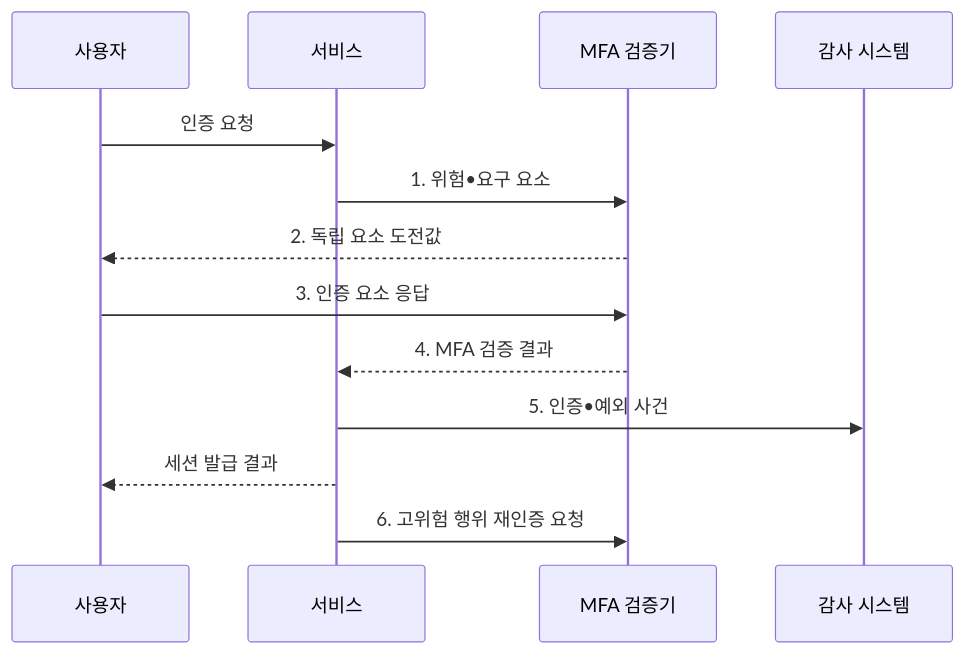
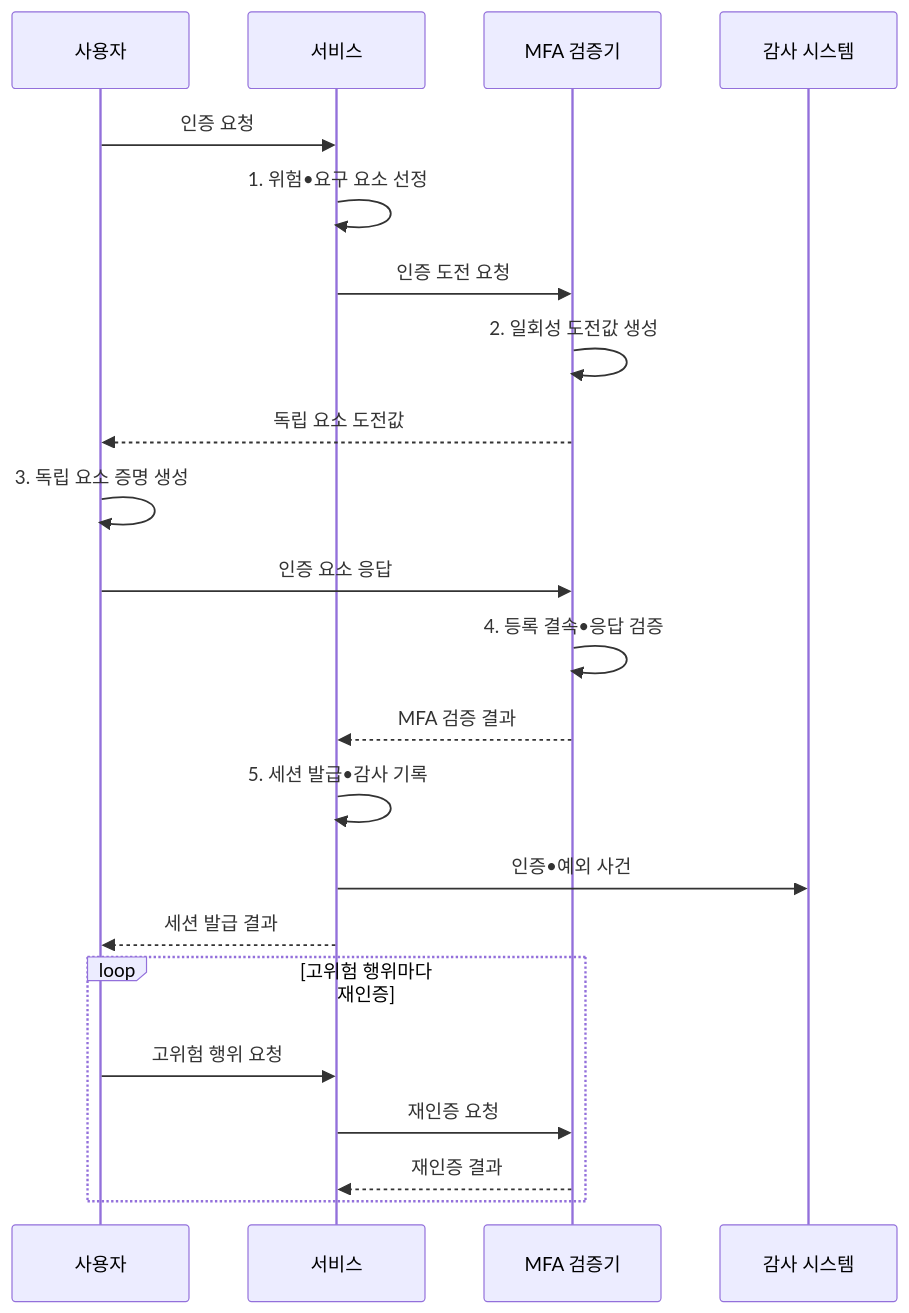
One commit to agnusdei1207/knowledge-base changed the second of 2 diagrams in src/content/docs/notes/05-security/054_mfa.md. Above: the diagram before and after it, drawn with Mermaid. The commit also changed other lines of this file and 19 other files, not shown here.

````diff
--- a/src/content/docs/notes/05-security/054_mfa.md
+++ b/src/content/docs/notes/05-security/054_mfa.md
@@ -98,15 +98,24 @@
 ```mermaid
 sequenceDiagram
     participant U as 사용자
     participant S as 서비스
     participant V as MFA 검증기
     participant A as 감사 시스템
     U->>S: 인증 요청
-    S->>V: 1. 위험•요구 요소
-    V-->>U: 2. 독립 요소 도전값
-    U->>V: 3. 인증 요소 응답
-    V-->>S: 4. MFA 검증 결과
-    S->>A: 5. 인증•예외 사건
+    S->>S: 1. 위험•요구 요소 선정
+    S->>V: 인증 도전 요청
+    V->>V: 2. 일회성 도전값 생성
+    V-->>U: 독립 요소 도전값
+    U->>U: 3. 독립 요소 증명 생성
+    U->>V: 인증 요소 응답
+    V->>V: 4. 등록 결속•응답 검증
+    V-->>S: MFA 검증 결과
+    S->>S: 5. 세션 발급•감사 기록
+    S->>A: 인증•예외 사건
     S-->>U: 세션 발급 결과
-    S->>V: 6. 고위험 행위 재인증 요청
+    loop 고위험 행위마다 재인증
+        U->>S: 고위험 행위 요청
+        S->>V: 재인증 요청
+        V-->>S: 재인증 결과
+    end
 ```
````
